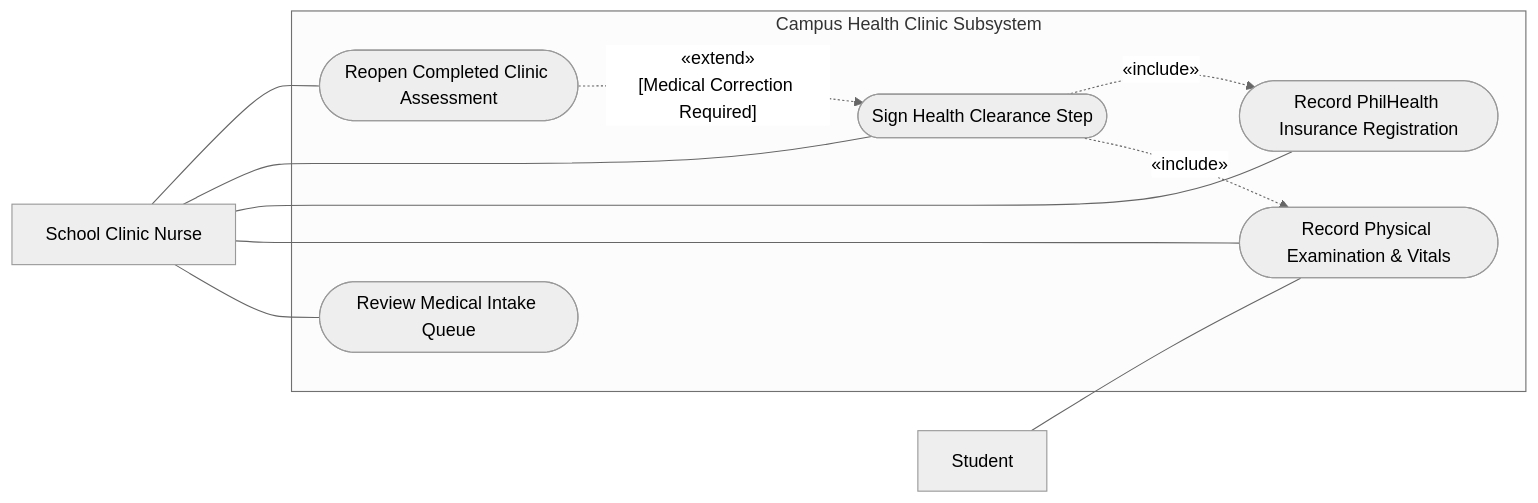
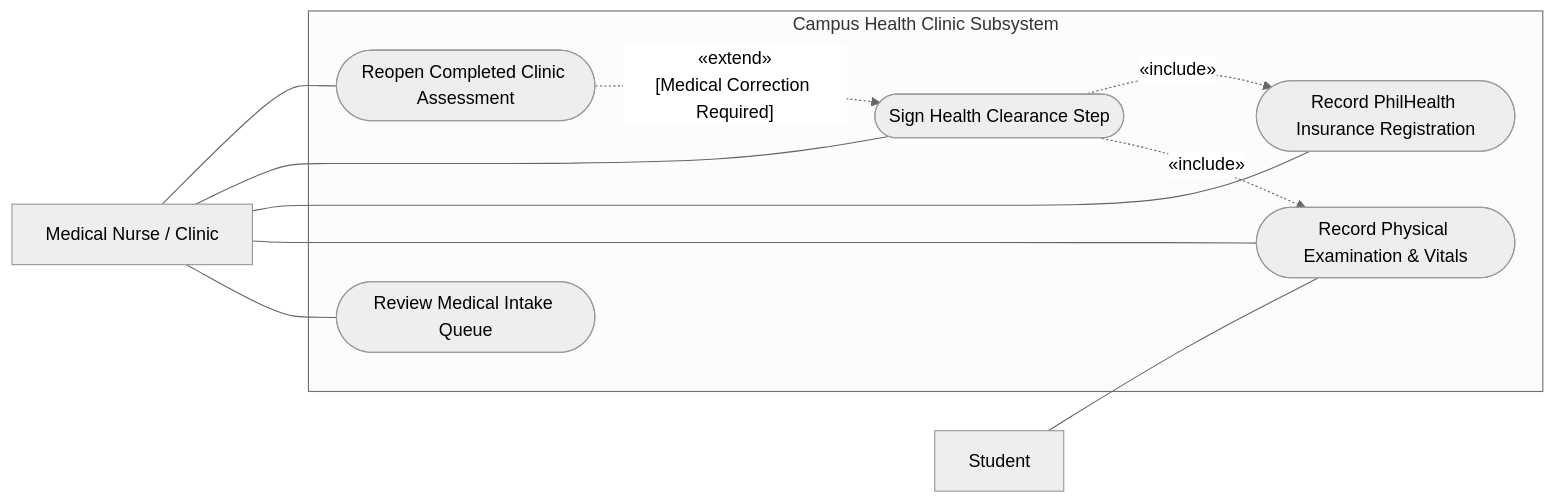
Before and after one commit to kirbygeagonia-create/EnrollmentManagementSystem: diagram 14 of 17 in Documentation/Use-Case-Diagram-Guide.md, drawn with Mermaid (neutral theme). The commit also changed other lines of this file and 50 other files, not shown here.

First line of the commit message:
The use-case actors fold to one figure per role, and the stage words move to the prose

````diff
--- a/Documentation/Use-Case-Diagram-Guide.md
+++ b/Documentation/Use-Case-Diagram-Guide.md
@@ -677,24 +677,24 @@
 ```mermaid
 flowchart LR
-    A_Cli["School Clinic Nurse"]
+    A_Cli["Medical Nurse / Clinic"]
     A_Stud["Student"]
 
     subgraph SYSTEM ["Campus Health Clinic Subsystem"]
         UC_MD01(["Review Medical Intake Queue"])
         UC_MD02(["Record Physical Examination & Vitals"])
         UC_MD03(["Record PhilHealth Insurance Registration"])
         UC_MD04(["Sign Health Clearance Step"])
         UC_MD05(["Reopen Completed Clinic Assessment"])
     end
 
     A_Cli --- UC_MD01
     A_Cli --- UC_MD02
     A_Cli --- UC_MD03
     A_Cli --- UC_MD04
     A_Cli --- UC_MD05
 
     A_Stud --- UC_MD02
     UC_MD04 -.->|"«include»"| UC_MD02
     UC_MD04 -.->|"«include»"| UC_MD03
     UC_MD05 -.->|"«extend»\n[Medical Correction Required]"| UC_MD04
 ```
````
